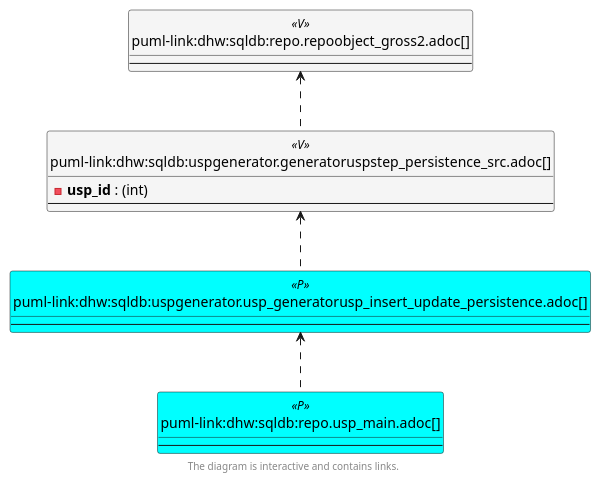
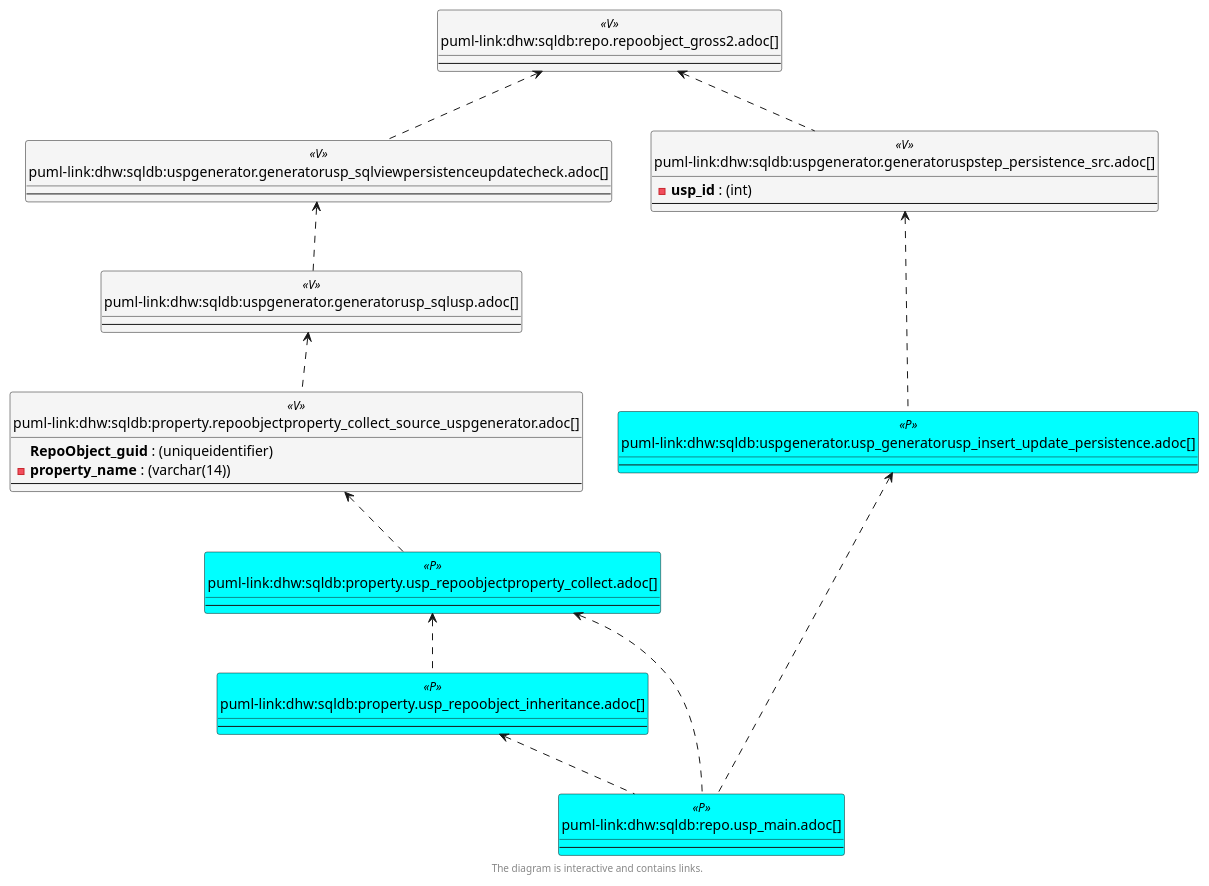
The fifth of 6 diagrams in docs/modules/sqldb/partials/content/repo.repoobject_gross2.adoc (DataHandwerk/dhw-antora-sqldb), drawn with PlantUML before and after one commit. The commit also changed other lines of this file and 701 other files, not shown here.

```diff
--- a/docs/modules/sqldb/partials/content/repo.repoobject_gross2.adoc
+++ b/docs/modules/sqldb/partials/content/repo.repoobject_gross2.adoc
@@ -4560,11 +4618,33 @@
 }
 
 
+entity "puml-link:dhw:sqldb:property.repoobjectproperty_collect_source_uspgenerator.adoc[]" as property.RepoObjectProperty_Collect_source_uspgenerator << V >> {
+  **RepoObject_guid** : (uniqueidentifier)
+  - **property_name** : (varchar(14))
+  --
+}
+
+entity "puml-link:dhw:sqldb:property.usp_repoobject_inheritance.adoc[]" as property.usp_RepoObject_Inheritance << P >> {
+  --
+}
+
+entity "puml-link:dhw:sqldb:property.usp_repoobjectproperty_collect.adoc[]" as property.usp_RepoObjectProperty_collect << P >> {
+  --
+}
+
 entity "puml-link:dhw:sqldb:repo.repoobject_gross2.adoc[]" as repo.RepoObject_gross2 << V >> {
   --
 }
 
 entity "puml-link:dhw:sqldb:repo.usp_main.adoc[]" as repo.usp_main << P >> {
+  --
+}
+
+entity "puml-link:dhw:sqldb:uspgenerator.generatorusp_sqlusp.adoc[]" as uspgenerator.GeneratorUsp_SqlUsp << V >> {
+  --
+}
+
+entity "puml-link:dhw:sqldb:uspgenerator.generatorusp_sqlviewpersistenceupdatecheck.adoc[]" as uspgenerator.GeneratorUsp_SqlViewPersistenceUpdateCheck << V >> {
   --
 }
 
@@ -4577,7 +4657,14 @@
   --
 }
 
+property.RepoObjectProperty_Collect_source_uspgenerator <.. property.usp_RepoObjectProperty_collect
+property.usp_RepoObject_Inheritance <.. repo.usp_main
+property.usp_RepoObjectProperty_collect <.. property.usp_RepoObject_Inheritance
+property.usp_RepoObjectProperty_collect <.. repo.usp_main
+repo.RepoObject_gross2 <.. uspgenerator.GeneratorUsp_SqlViewPersistenceUpdateCheck
 repo.RepoObject_gross2 <.. uspgenerator.GeneratorUspStep_Persistence_src
+uspgenerator.GeneratorUsp_SqlUsp <.. property.RepoObjectProperty_Collect_source_uspgenerator
+uspgenerator.GeneratorUsp_SqlViewPersistenceUpdateCheck <.. uspgenerator.GeneratorUsp_SqlUsp
 uspgenerator.GeneratorUspStep_Persistence_src <.. uspgenerator.usp_GeneratorUsp_insert_update_persistence
 uspgenerator.usp_GeneratorUsp_insert_update_persistence <.. repo.usp_main
 
```
